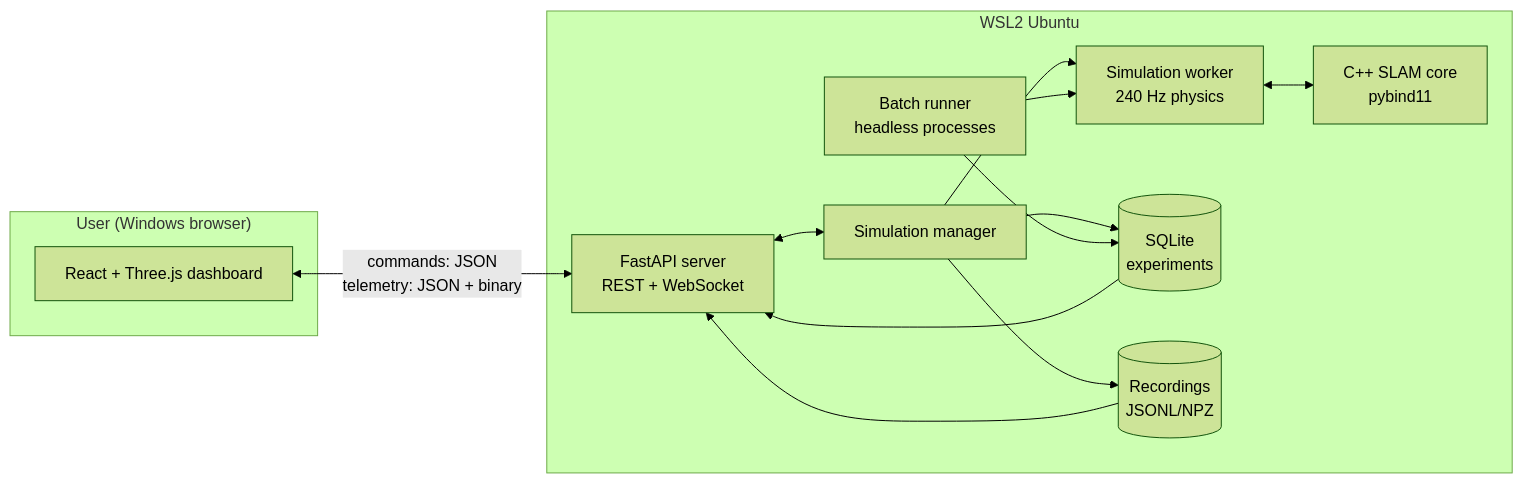
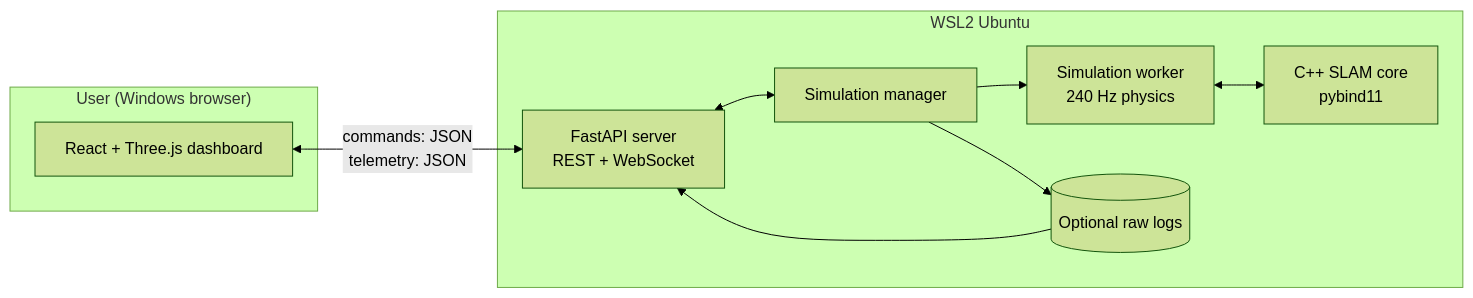
The diagram in docs/02-architecture.md (merwynnn/AutonomousCar), drawn with Mermaid (forest theme) before and after one commit. The commit also changed other lines of this file and 20 other files, not shown here.

````diff
--- a/docs/02-architecture.md
+++ b/docs/02-architecture.md
@@ -13,27 +13,21 @@
 ```mermaid
 flowchart LR
     subgraph User["User (Windows browser)"]
         UI["React + Three.js dashboard"]
     end
 
     subgraph Host["WSL2 Ubuntu"]
         API["FastAPI server<br/>REST + WebSocket"]
         MGR["Simulation manager"]
         SIM["Simulation worker<br/>240 Hz physics"]
         SLAM["C++ SLAM core<br/>pybind11"]
-        DB[("SQLite<br/>experiments")]
-        FILES[("Recordings<br/>JSONL/NPZ")]
-        BATCH["Batch runner<br/>headless processes"]
+        FILES[("Optional raw logs")]
     end
 
-    UI <-->|"commands: JSON<br/>telemetry: JSON + binary"| API
+    UI <-->|"commands: JSON<br/>telemetry: JSON"| API
     API <--> MGR
     MGR --> SIM
     SIM <--> SLAM
-    MGR --> DB
     MGR --> FILES
-    BATCH --> SIM
-    BATCH --> DB
-    DB --> API
     FILES --> API
 ```
````
